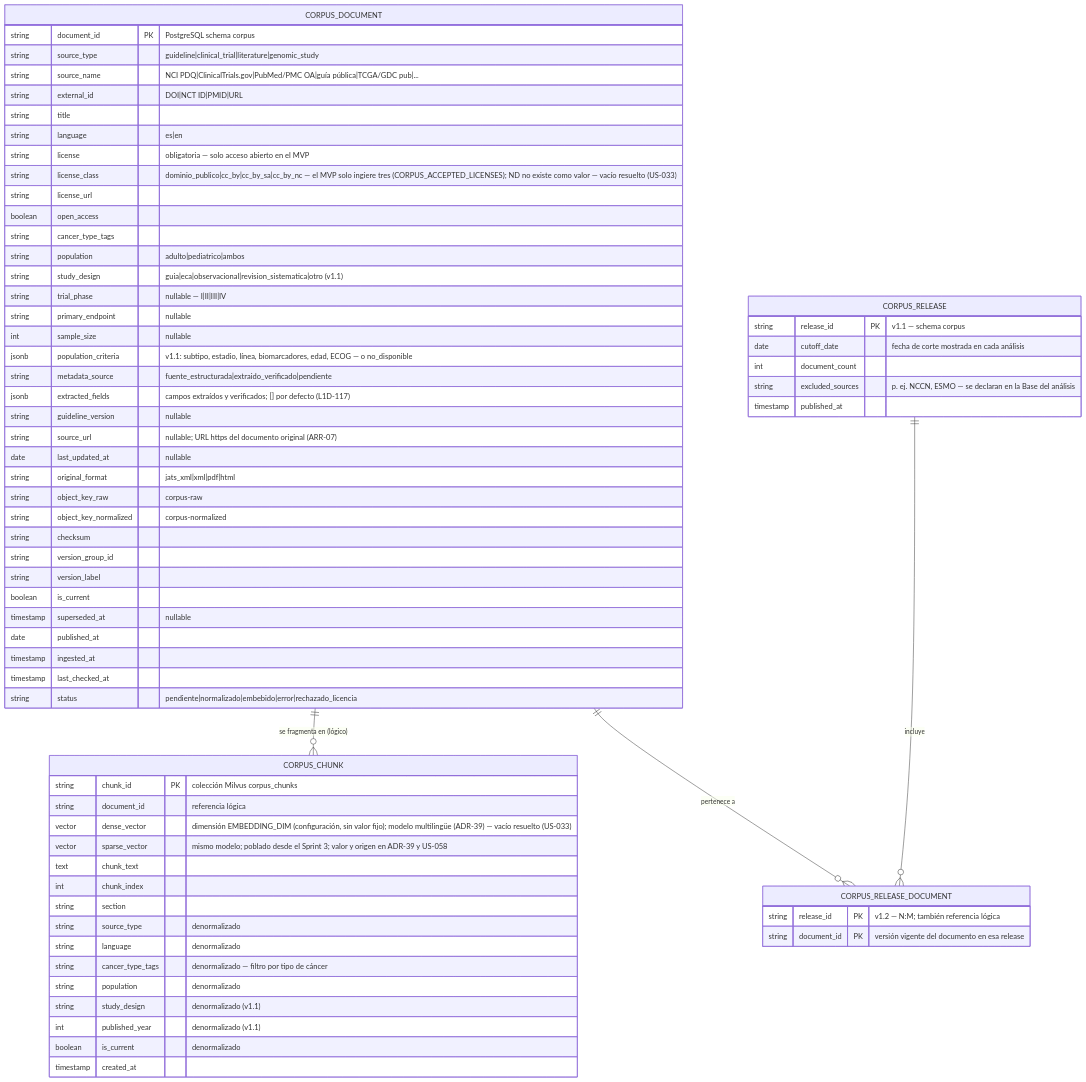
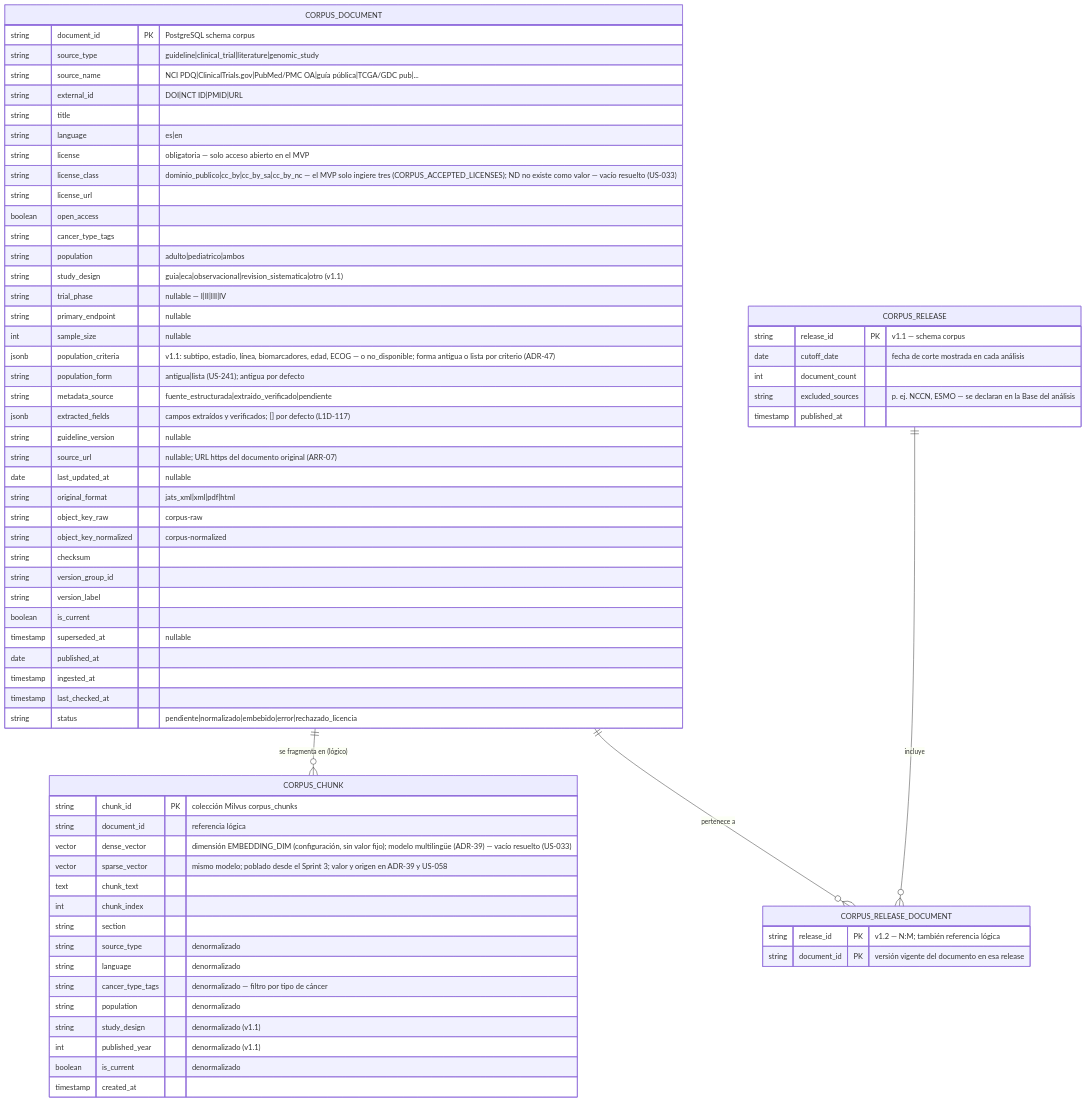
Before and after one commit to hatrickmario/OncoLens-Lab: the second of 2 diagrams in docs/architecture/data-model.md, drawn with Mermaid. The commit also changed other lines of this file and 5 other files, not shown here.

First line of the commit message:
feat(L1D-291): migración 0005 population_form, sin reescribir filas (AC-3, AC-6)

````diff
--- a/docs/architecture/data-model.md
+++ b/docs/architecture/data-model.md
@@ -476,70 +476,71 @@
 ```mermaid
 erDiagram
     CORPUS_DOCUMENT {
         string document_id PK "PostgreSQL schema corpus"
         string source_type "guideline|clinical_trial|literature|genomic_study"
         string source_name "NCI PDQ|ClinicalTrials.gov|PubMed/PMC OA|guía pública|TCGA/GDC pub|..."
         string external_id "DOI|NCT ID|PMID|URL"
         string title
         string language "es|en"
         string license "obligatoria — solo acceso abierto en el MVP"
         string license_class "dominio_publico|cc_by|cc_by_sa|cc_by_nc — el MVP solo ingiere tres (CORPUS_ACCEPTED_LICENSES); ND no existe como valor — vacío resuelto (US-033)"
         string license_url
         boolean open_access
         string cancer_type_tags
         string population "adulto|pediatrico|ambos"
         string study_design "guia|eca|observacional|revision_sistematica|otro (v1.1)"
         string trial_phase "nullable — I|II|III|IV"
         string primary_endpoint "nullable"
         int sample_size "nullable"
-        jsonb population_criteria "v1.1: subtipo, estadio, línea, biomarcadores, edad, ECOG — o no_disponible"
+        jsonb population_criteria "v1.1: subtipo, estadio, línea, biomarcadores, edad, ECOG — o no_disponible; forma antigua o lista por criterio (ADR-47)"
+        string population_form "antigua|lista (US-241); antigua por defecto"
         string metadata_source "fuente_estructurada|extraido_verificado|pendiente"
         jsonb extracted_fields "campos extraídos y verificados; [] por defecto (L1D-117)"
         string guideline_version "nullable"
         string source_url "nullable; URL https del documento original (ARR-07)"
         date last_updated_at "nullable"
         string original_format "jats_xml|xml|pdf|html"
         string object_key_raw "corpus-raw"
         string object_key_normalized "corpus-normalized"
         string checksum
         string version_group_id
         string version_label
         boolean is_current
         timestamp superseded_at "nullable"
         date published_at
         timestamp ingested_at
         timestamp last_checked_at
         string status "pendiente|normalizado|embebido|error|rechazado_licencia"
     }
     CORPUS_CHUNK {
         string chunk_id PK "colección Milvus corpus_chunks"
         string document_id "referencia lógica"
         vector dense_vector "dimensión EMBEDDING_DIM (configuración, sin valor fijo); modelo multilingüe (ADR-39) — vacío resuelto (US-033)"
         vector sparse_vector "mismo modelo; poblado desde el Sprint 3; valor y origen en ADR-39 y US-058"
         text chunk_text
         int chunk_index
         string section
         string source_type "denormalizado"
         string language "denormalizado"
         string cancer_type_tags "denormalizado — filtro por tipo de cáncer"
         string population "denormalizado"
         string study_design "denormalizado (v1.1)"
         int published_year "denormalizado (v1.1)"
         boolean is_current "denormalizado"
         timestamp created_at
     }
     CORPUS_RELEASE {
         string release_id PK "v1.1 — schema corpus"
         date cutoff_date "fecha de corte mostrada en cada análisis"
         int document_count
         string excluded_sources "p. ej. NCCN, ESMO — se declaran en la Base del análisis"
         timestamp published_at
     }
     CORPUS_RELEASE_DOCUMENT {
         string release_id PK "v1.2 — N:M; también referencia lógica"
         string document_id PK "versión vigente del documento en esa release"
     }
     CORPUS_DOCUMENT ||--o{ CORPUS_CHUNK : "se fragmenta en (lógico)"
     CORPUS_RELEASE ||--o{ CORPUS_RELEASE_DOCUMENT : incluye
     CORPUS_DOCUMENT ||--o{ CORPUS_RELEASE_DOCUMENT : "pertenece a"
 ```
````
